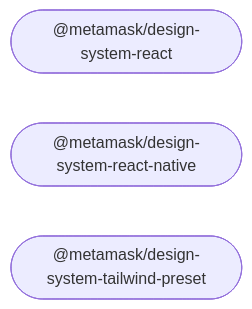
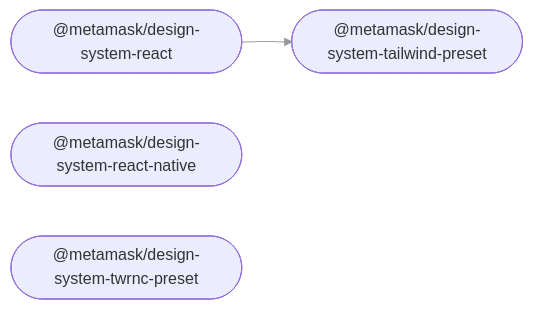
The diagram in README.md (georgewrmarshall/metamask-design-system), drawn with Mermaid before and after one commit. The commit also changed other lines of this file and 13 other files, not shown here.

First line of the commit message:
Initiate ds-twrnc-preset package (#98)

````diff
--- a/README.md
+++ b/README.md
@@ -21,8 +22,10 @@
 ```mermaid
 %%{ init: { 'flowchart': { 'curve': 'bumpX' } } }%%
 graph LR;
 linkStyle default opacity:0.5
   design_system_react(["@metamask/design-system-react"]);
   design_system_react_native(["@metamask/design-system-react-native"]);
   design_system_tailwind_preset(["@metamask/design-system-tailwind-preset"]);
+  design_system_twrnc_preset(["@metamask/design-system-twrnc-preset"]);
+  design_system_react --> design_system_tailwind_preset;
 ```
````
